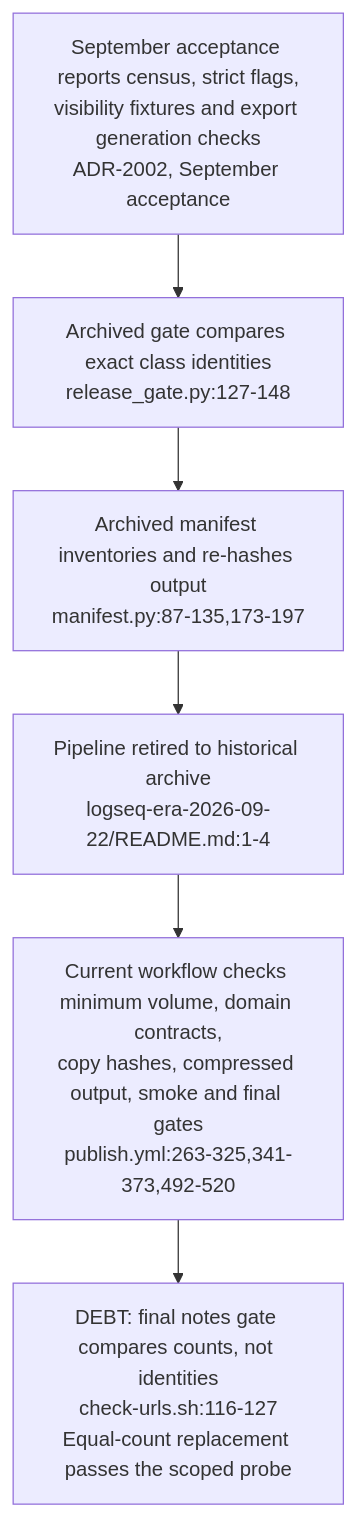
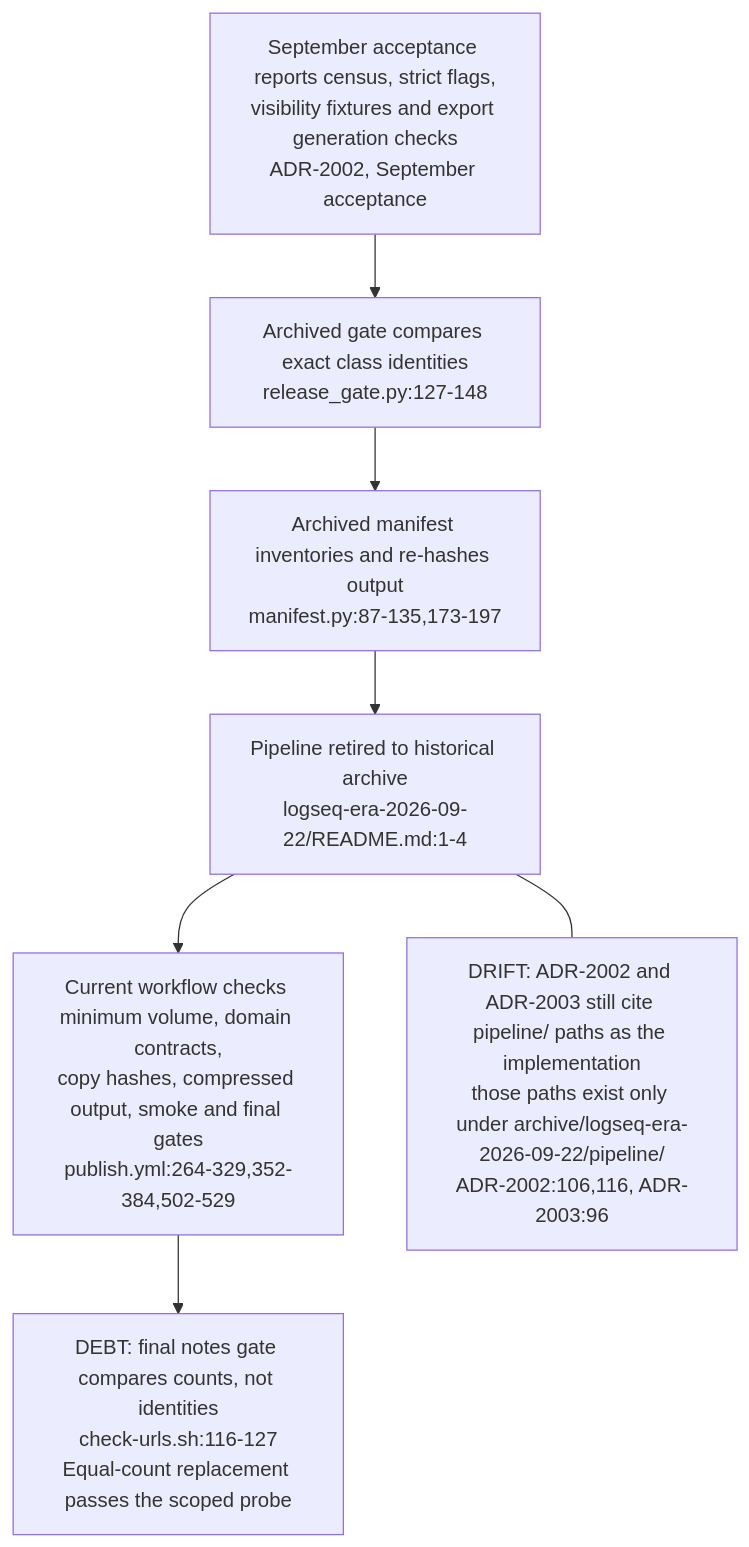
One commit to DreamLab-AI/VisionFlow changed the second of 4 diagrams in docs/diagrams/knowledgegraph/07-invariants-register.md. Above: the diagram before and after it, drawn with Mermaid. The commit also changed other lines of this file and 70 other files, not shown here.

First line of the commit message:
docs(diagrams): re-verify 69 topics at current default-branch heads

````diff
--- a/docs/diagrams/knowledgegraph/07-invariants-register.md
+++ b/docs/diagrams/knowledgegraph/07-invariants-register.md
@@ -60,11 +60,15 @@
 ```mermaid
 flowchart TB
     OLD["September acceptance reports census, strict flags,<br/>visibility fixtures and export generation checks<br/>ADR-2002, September acceptance"]
     %% Source: ADR-2002-corpus-is-the-ontology.md:104-152
     SET["Archived gate compares exact class identities<br/>release_gate.py:127-148"]
     HASH["Archived manifest inventories and re-hashes output<br/>manifest.py:87-135,173-197"]
     ARCH["Pipeline retired to historical archive<br/>logseq-era-2026-09-22/README.md:1-4"]
-    NEW["Current workflow checks minimum volume, domain contracts,<br/>copy hashes, compressed output, smoke and final gates<br/>publish.yml:263-325,341-373,492-520"]
+    NEW["Current workflow checks minimum volume, domain contracts,<br/>copy hashes, compressed output, smoke and final gates<br/>publish.yml:264-329,352-384,502-529"]
     LIMIT["DEBT: final notes gate compares counts, not identities<br/>check-urls.sh:116-127<br/>Equal-count replacement passes the scoped probe"]
     OLD --> SET --> HASH --> ARCH --> NEW --> LIMIT
+    %% Source: ADR-2002-corpus-is-the-ontology.md:106
+    %% Source: ADR-2003-expected-classes-tripwire.md:96
+    DRIFT["DRIFT: ADR-2002 and ADR-2003 still cite pipeline/ paths as the implementation<br/>those paths exist only under archive/logseq-era-2026-09-22/pipeline/<br/>ADR-2002:106,116, ADR-2003:96"]
+    ARCH --- DRIFT
 ```
````
